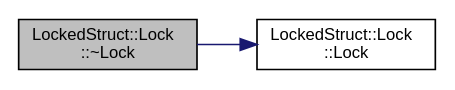
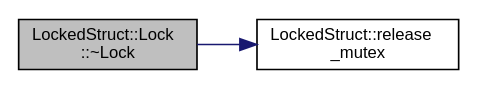
One commit to RoboJackets/robocup-firmware changed the diagram in struct_locked_struct_1_1_lock_a3f3c2bc84e980436a43a78ce1618eecb_cgraph.dot. Above: the diagram before and after it, drawn with Graphviz. The commit also changed 1115 other files, not shown here.

```diff
--- a/struct_locked_struct_1_1_lock_a3f3c2bc84e980436a43a78ce1618eecb_cgraph.dot
+++ b/struct_locked_struct_1_1_lock_a3f3c2bc84e980436a43a78ce1618eecb_cgraph.dot
@@ -1,9 +1,9 @@
 digraph "LockedStruct::Lock::~Lock"
 {
   edge [fontname="Helvetica",fontsize="10",labelfontname="Helvetica",labelfontsize="10"];
   node [fontname="Helvetica",fontsize="10",shape=record];
   rankdir="LR";
-  Node6 [label="LockedStruct::Lock\l::~Lock",height=0.2,width=0.4,color="black", fillcolor="grey75", style="filled", fontcolor="black"];
-  Node6 -> Node7 [color="midnightblue",fontsize="10",style="solid",fontname="Helvetica"];
-  Node7 [label="LockedStruct::Lock\l::Lock",height=0.2,width=0.4,color="black", fillcolor="white", style="filled",URL="$struct_locked_struct_1_1_lock.html#a114a6b364423baf17d26a66b488e41c4"];
+  Node5 [label="LockedStruct::Lock\l::~Lock",height=0.2,width=0.4,color="black", fillcolor="grey75", style="filled", fontcolor="black"];
+  Node5 -> Node6 [color="midnightblue",fontsize="10",style="solid",fontname="Helvetica"];
+  Node6 [label="LockedStruct::release\l_mutex",height=0.2,width=0.4,color="black", fillcolor="white", style="filled",URL="$struct_locked_struct.html#ac3be20adb21eef5da630903817926e12"];
 }
```
